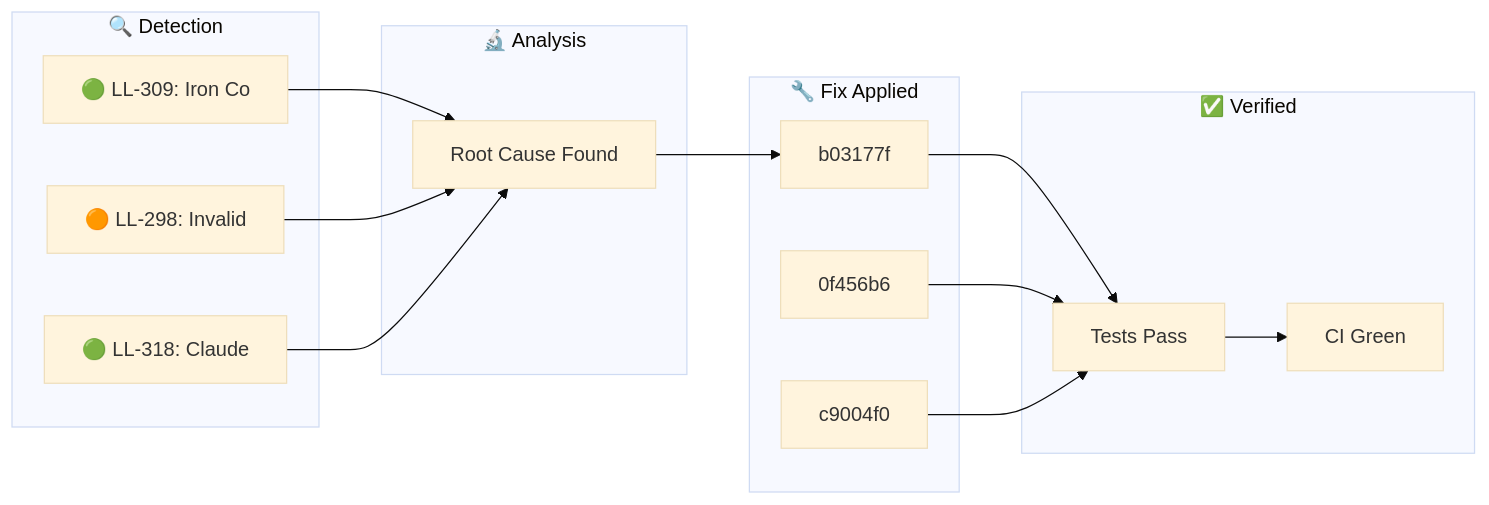
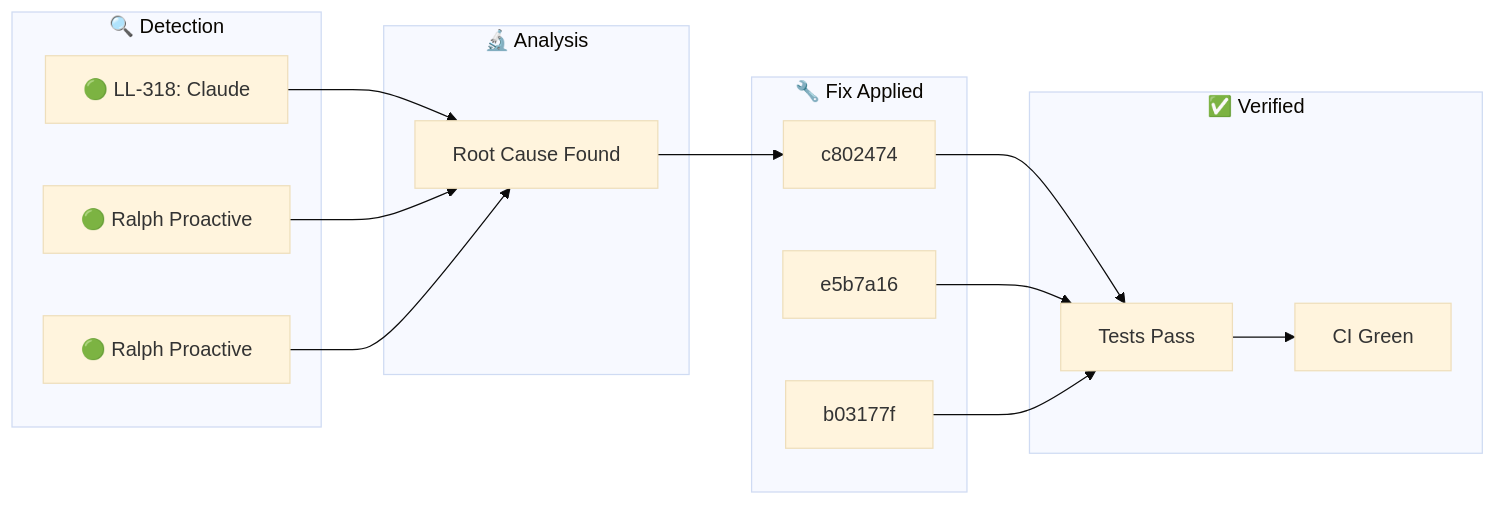
The diagram in docs/_posts/2026-01-31-ralph-discovery.md (YoByron/trading), drawn with Mermaid (base theme) before and after one commit. The commit also changed other lines of this file, not shown here.

Commit message:
docs(ralph): Auto-publish discovery blog post

````diff
--- a/docs/_posts/2026-01-31-ralph-discovery.md
+++ b/docs/_posts/2026-01-31-ralph-discovery.md
@@ -17,28 +17,28 @@
 ```mermaid
 flowchart LR
     subgraph Detection["🔍 Detection"]
-        D1["🟢 LL-309: Iron Co"]
-        D2["🟠 LL-298: Invalid"]
-        D3["🟢 LL-318: Claude "]
+        D1["🟢 LL-318: Claude "]
+        D2["🟢 Ralph Proactive"]
+        D3["🟢 Ralph Proactive"]
     end
     subgraph Analysis["🔬 Analysis"]
         A1["Root Cause Found"]
     end
     subgraph Fix["🔧 Fix Applied"]
-        F1["b03177f"]
-        F2["0f456b6"]
-        F3["c9004f0"]
+        F1["c802474"]
+        F2["e5b7a16"]
+        F3["b03177f"]
     end
     subgraph Verify["✅ Verified"]
         V1["Tests Pass"]
         V2["CI Green"]
     end
     D1 --> A1
     D2 --> A1
     D3 --> A1
     A1 --> F1
     F1 --> V1
     F2 --> V1
     F3 --> V1
     V1 --> V2
 ```
````
